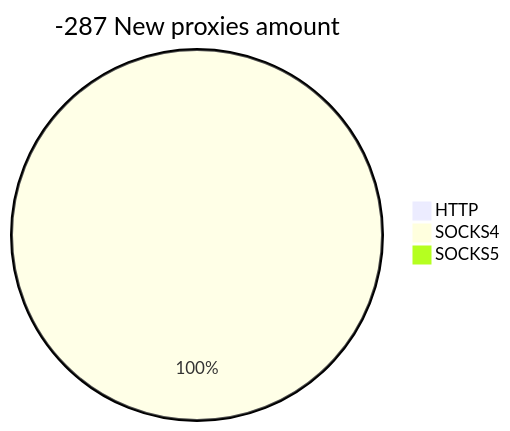
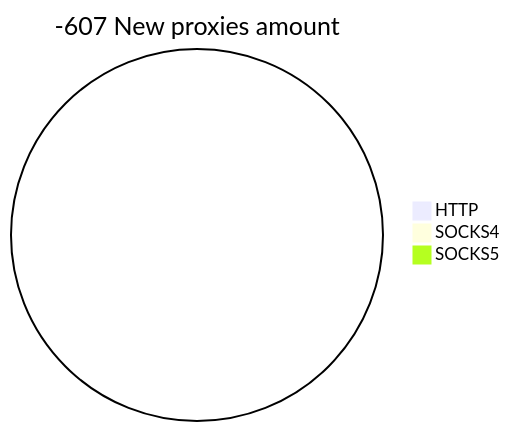
The second of 2 diagrams in README.md (cutipu/proxylist), drawn with Mermaid before and after one commit. The commit also changed other lines of this file, not shown here.

````diff
--- a/README.md
+++ b/README.md
@@ -10,6 +10,6 @@
 ```mermaid
-pie title -287 New proxies amount
+pie title -607 New proxies amount
     "HTTP" : 0
-    "SOCKS4" : 41
+    "SOCKS4" : 0
     "SOCKS5" : 0
 ```
````
